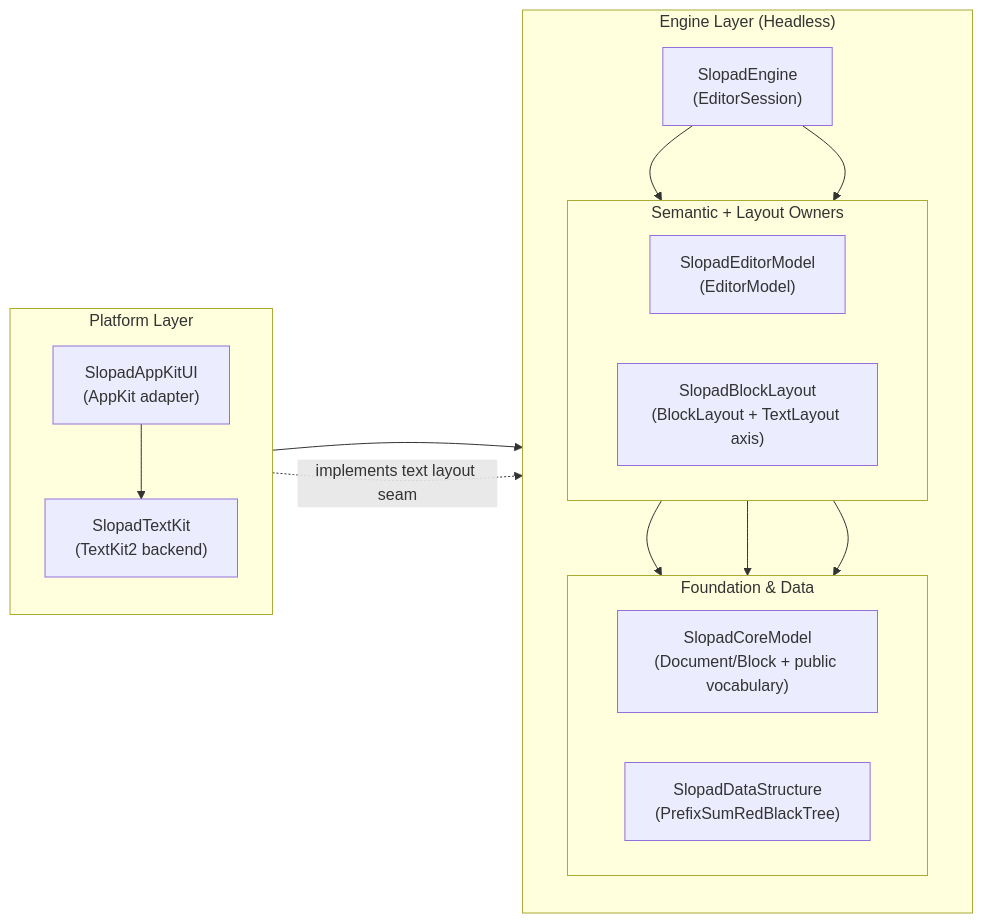
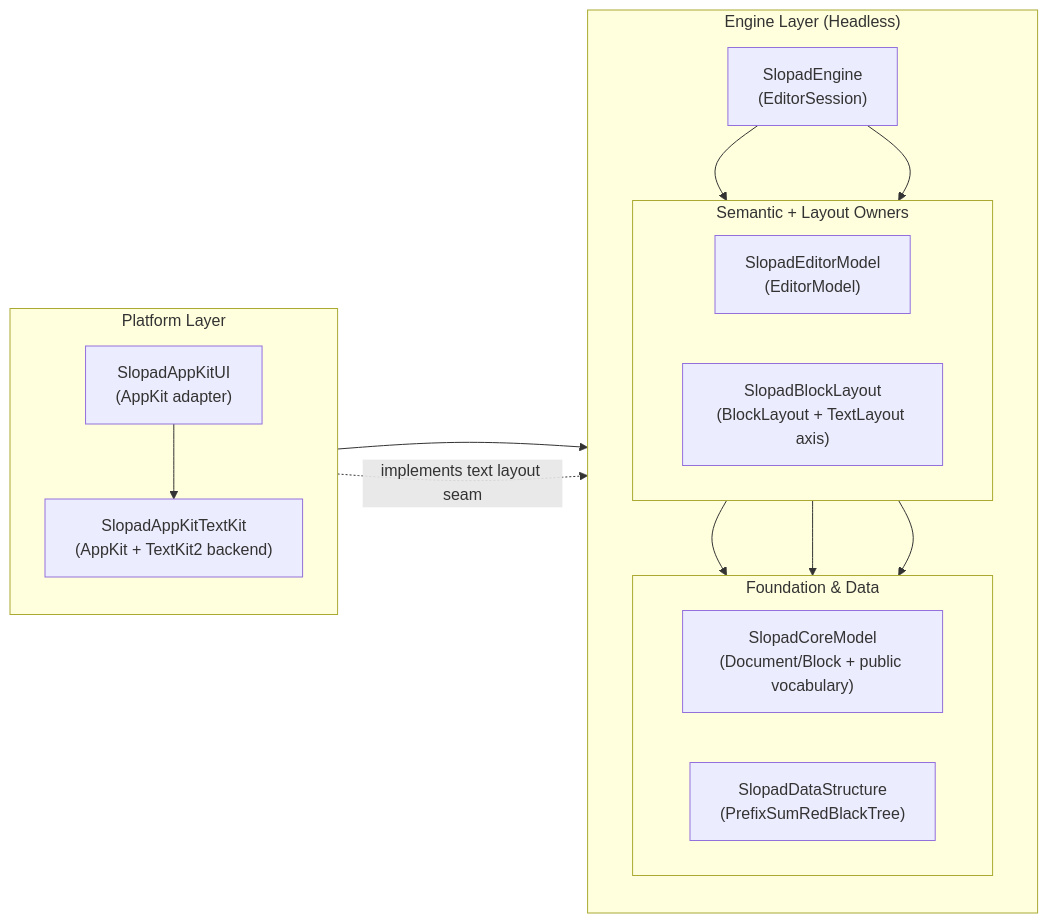
One commit to hot666666/Slopad changed the diagram in README.md. Above: the diagram before and after it, drawn with Mermaid. The commit also changed other lines of this file and 26 other files, not shown here.

First line of the commit message:
refactor(textkit): name AppKit backend explicitly

````diff
--- a/README.md
+++ b/README.md
@@ -58,37 +58,37 @@
 ```mermaid
 flowchart LR
     subgraph EngineLayer["Engine Layer (Headless)"]
         direction TB
 
         Session["SlopadEngine<br/>(EditorSession)"]
 
         subgraph RuntimeOwners["Semantic + Layout Owners"]
             direction LR
             Model["SlopadEditorModel<br/>(EditorModel)"]
             Layout["SlopadBlockLayout<br/>(BlockLayout + TextLayout axis)"]
         end
 
         subgraph Foundation["Foundation & Data"]
             direction LR
             Core["SlopadCoreModel<br/>(Document/Block + public vocabulary)"]
             DataStructure["SlopadDataStructure<br/>(PrefixSumRedBlackTree)"]
         end
 
         Session --> Model
         Session --> Layout
         Model --> Core
         Layout --> Core
         Layout --> DataStructure
     end
 
     subgraph PlatformLayer["Platform Layer"]
         direction TB
         AppKitUI["SlopadAppKitUI<br/>(AppKit adapter)"]
-        TextKit["SlopadTextKit<br/>(TextKit2 backend)"]
+        TextKit["SlopadAppKitTextKit<br/>(AppKit + TextKit2 backend)"]
 
         AppKitUI --> TextKit
     end
 
     AppKitUI --> Session
     TextKit -. implements text layout seam .-> Core
 ```
````
